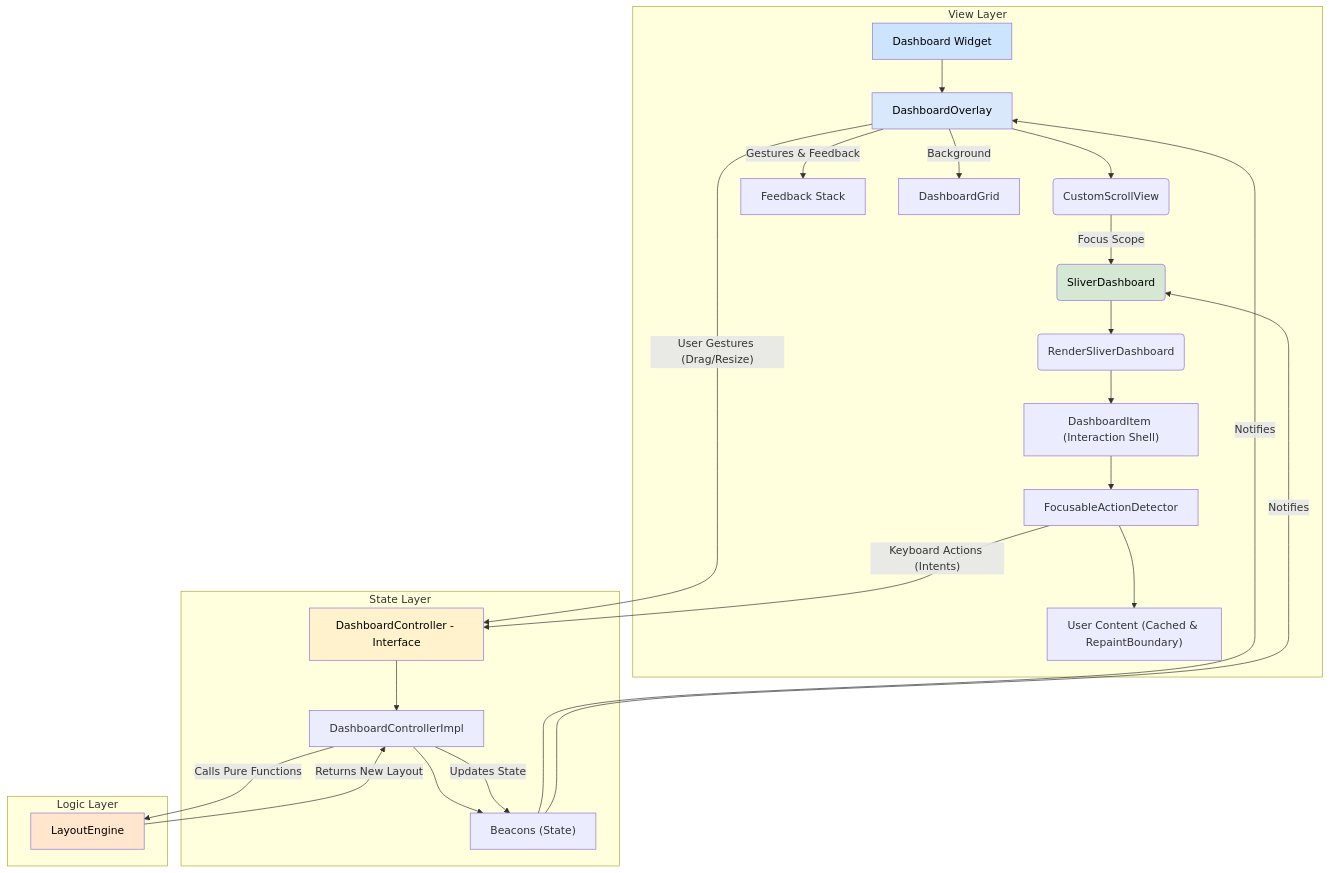
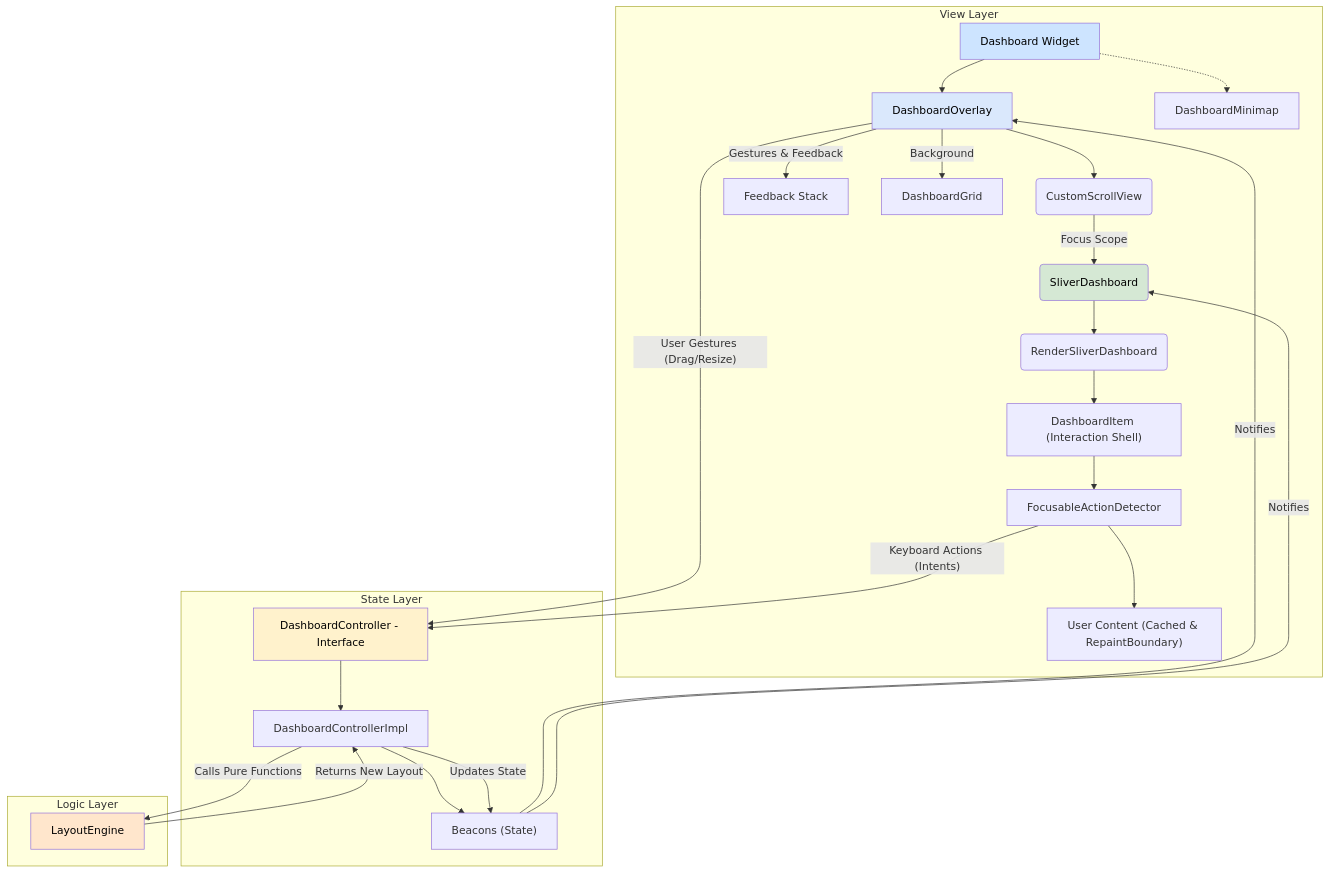
Before and after one commit to scalz/sliver_dashboard: the first of 2 diagrams in architecture.md, drawn with Mermaid. The commit also changed other lines of this file and 3 other files, not shown here.

````diff
--- a/architecture.md
+++ b/architecture.md
@@ -23,37 +23,38 @@
 ```mermaid
 graph TD
     subgraph View Layer
         A[Dashboard Widget] --> B[DashboardOverlay];
         B --> C(CustomScrollView);
         B -- "Gestures & Feedback" --> F[Feedback Stack];
         B -- "Background" --> BG[DashboardGrid];
         C -- "Focus Scope" --> D(SliverDashboard);
         D --> E(RenderSliverDashboard);
         E --> I["DashboardItem (Interaction Shell)"];
         I --> K["FocusableActionDetector"];
         K --> L["User Content (Cached & RepaintBoundary)"];
+        A -.-> MM[DashboardMinimap];
     end
 
     subgraph State Layer
         M[DashboardController - Interface] --> N[DashboardControllerImpl]
         N --> O["Beacons (State)"];
     end
 
     subgraph Logic Layer
         P[LayoutEngine];
     end
 
     B -- "User Gestures (Drag/Resize)" --> M;
     K -- "Keyboard Actions (Intents)" --> M;
     N -- Updates State --> O;
     O -- Notifies --> B;
     O -- Notifies --> D;
     N -- Calls Pure Functions --> P;
     P -- Returns New Layout --> N;
 
     style A fill:#cde4ff,color:#000000
     style B fill:#dae8fc,color:#000000
     style D fill:#d5e8d4,color:#000000
     style M fill:#fff2cc,color:#000000
     style P fill:#ffe6cc,color:#000000
 ```
````
